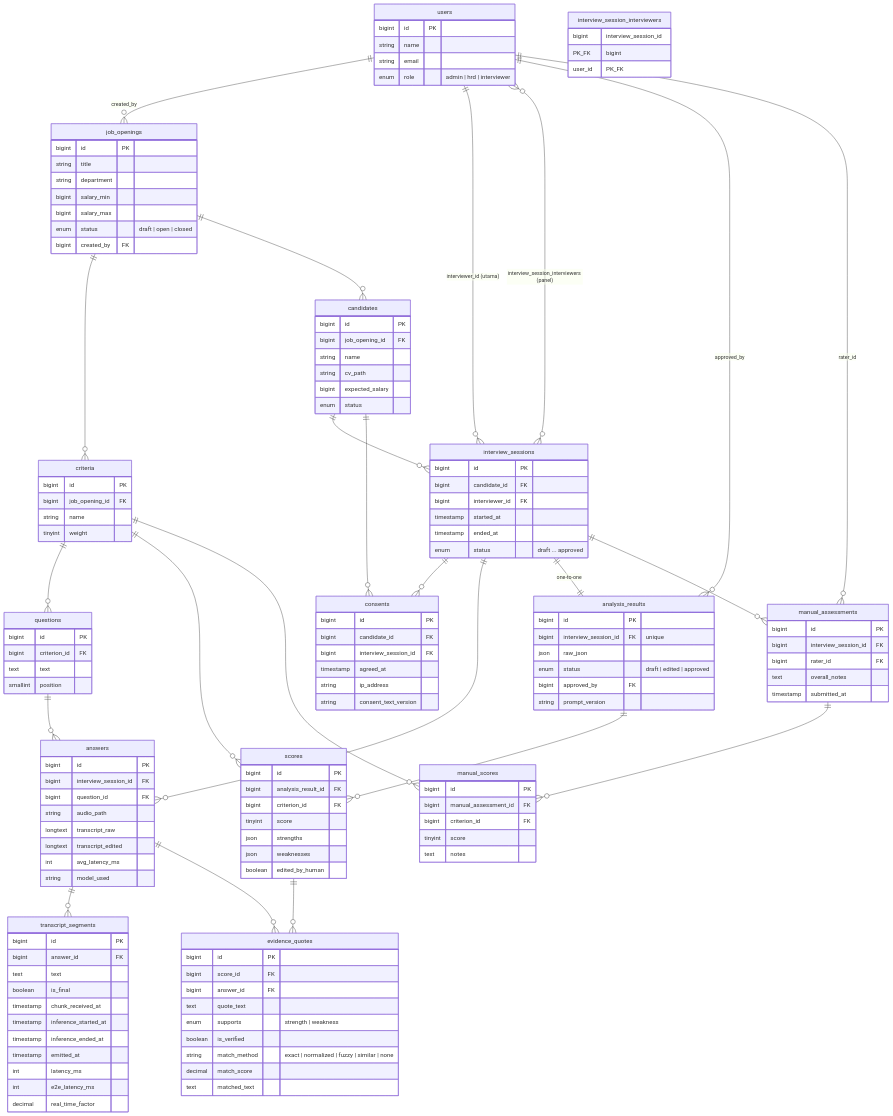
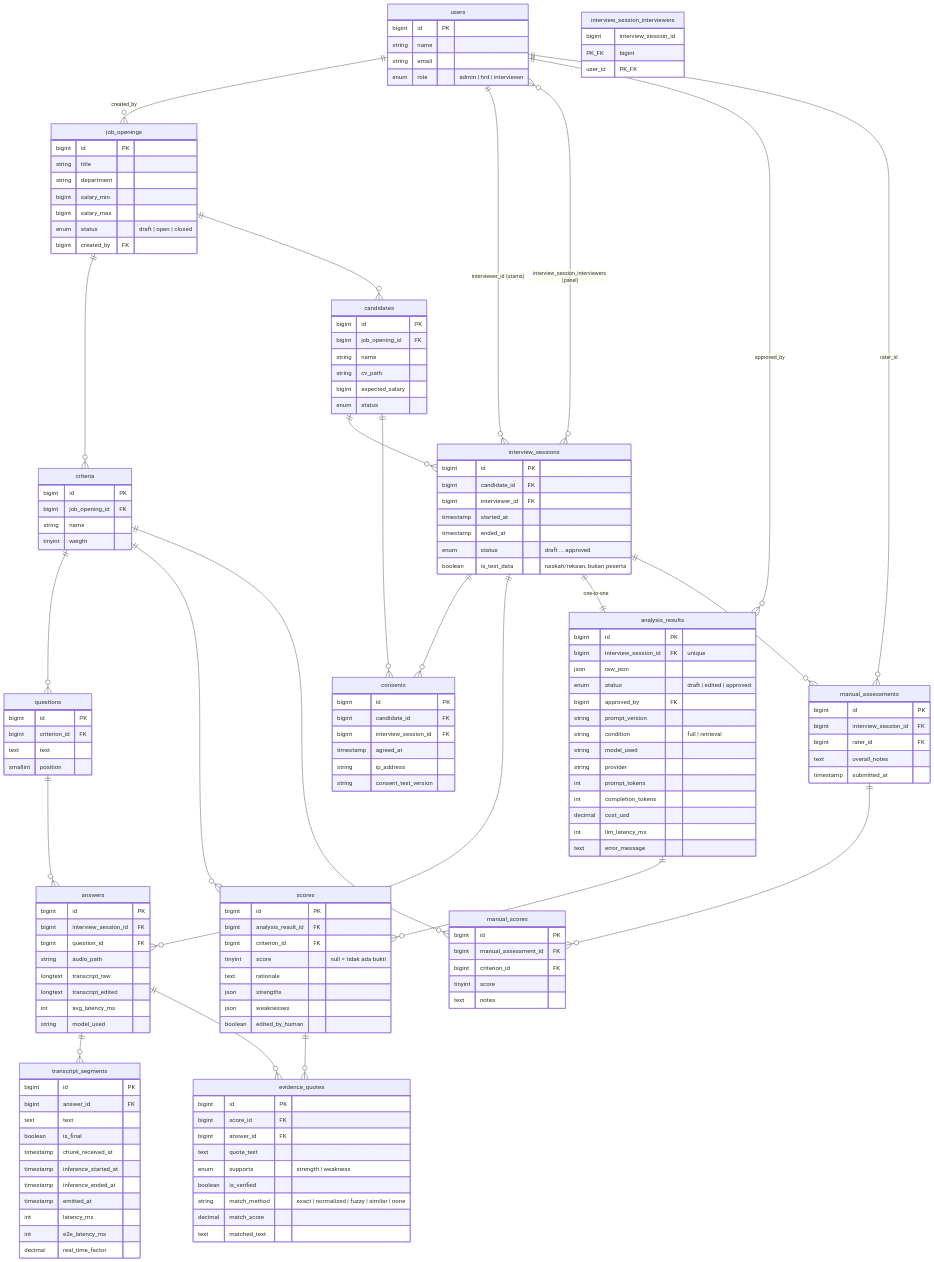
One commit to MichLoverz/hrd-speech-web-final-project changed the diagram in docs/web-programming/erd.md. Above: the diagram before and after it, drawn with Mermaid. The commit also changed 5 other files, not shown here.

Commit message:
docs: ADR-010 scorecard prompt and generator, demo run log, devlog, AI log row 25, ERD, install guide

```diff
--- a/docs/web-programming/erd.md
+++ b/docs/web-programming/erd.md
@@ -74,6 +74,7 @@
         timestamp started_at
         timestamp ended_at
         enum status "draft ... approved"
+        boolean is_test_data "naskah/rekaan, bukan peserta"
     }
     interview_session_interviewers {
         bigint interview_session_id PK_FK
@@ -117,12 +118,21 @@
         enum status "draft | edited | approved"
         bigint approved_by FK
         string prompt_version
+        string condition "full | retrieval"
+        string model_used
+        string provider
+        int prompt_tokens
+        int completion_tokens
+        decimal cost_usd
+        int llm_latency_ms
+        text error_message
     }
     scores {
         bigint id PK
         bigint analysis_result_id FK
         bigint criterion_id FK
-        tinyint score
+        tinyint score "null = tidak ada bukti"
+        text rationale
         json strengths
         json weaknesses
         boolean edited_by_human
```
